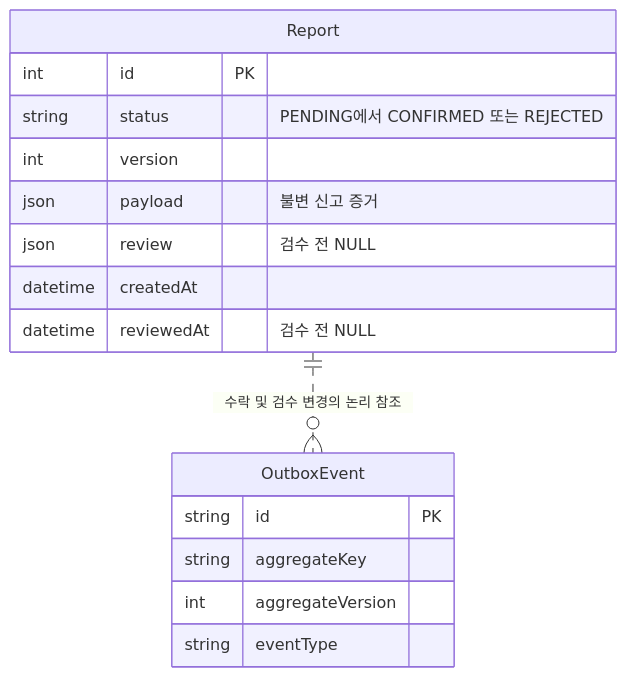
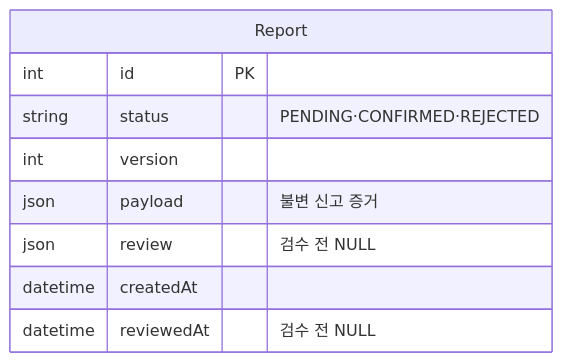
One commit to luke0408/blog-erd changed the sixth of 12 diagrams in docs/report-management.md. Above: the diagram before and after it, drawn with Mermaid. The commit also changed other lines of this file and 5 other files, not shown here.

Commit message:
docs(erd): reorder student questions by design requirements

````diff
--- a/docs/report-management.md
+++ b/docs/report-management.md
@@ -205,19 +164,12 @@
 ```mermaid
 erDiagram
     Report {
         int id PK
-        string status "PENDING에서 CONFIRMED 또는 REJECTED"
+        string status "PENDING·CONFIRMED·REJECTED"
         int version
         json payload "불변 신고 증거"
         json review "검수 전 NULL"
         datetime createdAt
         datetime reviewedAt "검수 전 NULL"
     }
-    OutboxEvent {
-        string id PK
-        string aggregateKey
-        int aggregateVersion
-        string eventType
-    }
-    Report ||..o{ OutboxEvent : "수락 및 검수 변경의 논리 참조"
 ```
````
